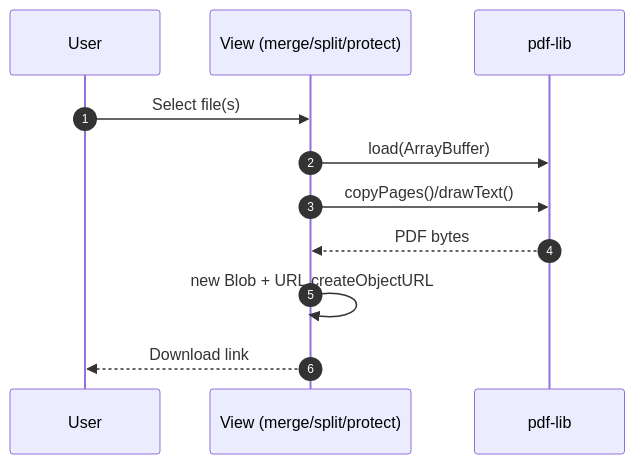
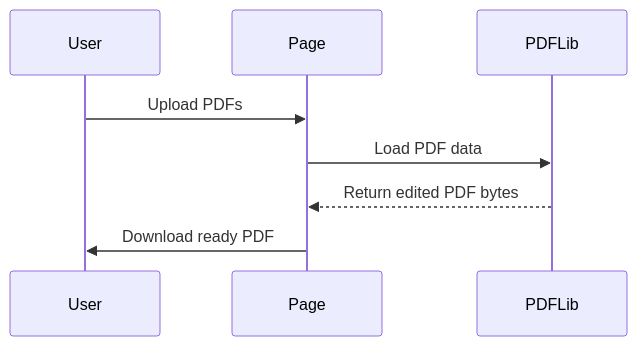
Before and after one commit to khushalsehrawat/swiftpdf: the fourth of 7 diagrams in README.md, drawn with Mermaid. The commit also changed other lines of this file, not shown here.

````diff
--- a/README.md
+++ b/README.md
@@ -160,13 +69,10 @@
 ```mermaid
 sequenceDiagram
-  autonumber
-  participant U as User
-  participant V as View (merge/split/protect)
-  participant L as pdf-lib
-  U->>V: Select file(s)
-  V->>L: load(ArrayBuffer)
-  V->>L: copyPages()/drawText()
-  L-->>V: PDF bytes
-  V->>V: new Blob + URL.createObjectURL
-  V-->>U: Download link
+  participant User
+  participant Page
+  participant PDFLib
+  User->>Page: Upload PDFs
+  Page->>PDFLib: Load PDF data
+  PDFLib-->>Page: Return edited PDF bytes
+  Page->>User: Download ready PDF
 ```
````
